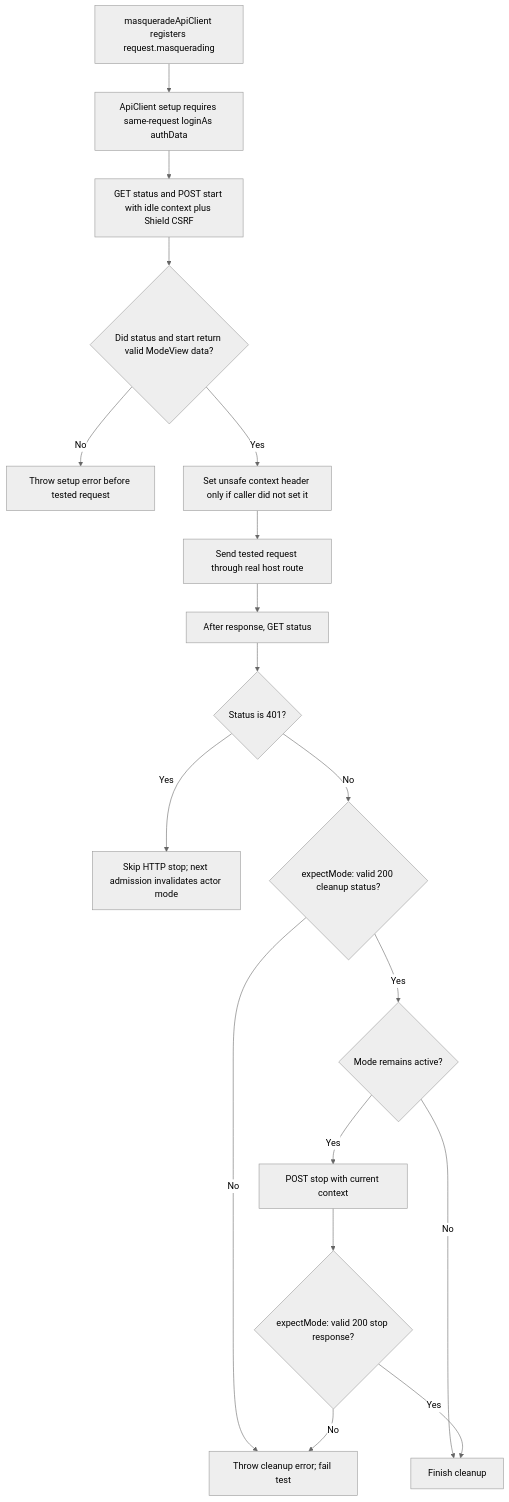
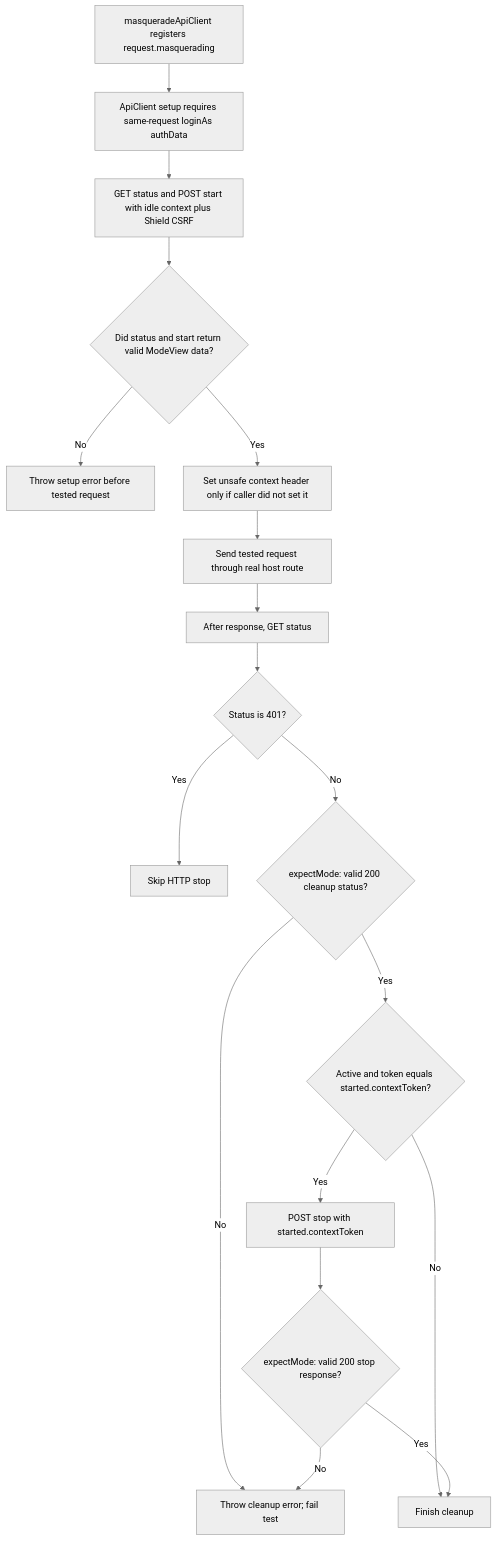
Before and after one commit to Kevinjohn/oss-adonisjs-masquerade: the second of 2 diagrams in user-stories/testing/us-testing-01-api-client-masquerading.md, drawn with Mermaid (neutral theme). The commit also changed other lines of this file and 26 other files, not shown here.

````diff
--- a/user-stories/testing/us-testing-01-api-client-masquerading.md
+++ b/user-stories/testing/us-testing-01-api-client-masquerading.md
@@ -45,20 +45,20 @@
 ```mermaid
 flowchart TD
  A["masqueradeApiClient registers request.masquerading"] --> B["ApiClient setup requires same-request loginAs authData"]
  B --> C["GET status and POST start with idle context plus Shield CSRF"]
  C --> D{"Did status and start return valid ModeView data?"}
  D -->|No| E["Throw setup error before tested request"]
  D -->|Yes| F["Set unsafe context header only if caller did not set it"]
  F --> G["Send tested request through real host route"]
  G --> H["After response, GET status"]
  H --> I{"Status is 401?"}
- I -->|Yes| J["Skip HTTP stop; next admission invalidates actor mode"]
+ I -->|Yes| J["Skip HTTP stop"]
  I -->|No| V{"expectMode: valid 200 cleanup status?"}
  V -->|No| X["Throw cleanup error; fail test"]
- V -->|Yes| K{"Mode remains active?"}
+ V -->|Yes| K{"Active and token equals started.contextToken?"}
  K -->|No| L["Finish cleanup"]
- K -->|Yes| M["POST stop with current context"]
+ K -->|Yes| M["POST stop with started.contextToken"]
  M --> W{"expectMode: valid 200 stop response?"}
  W -->|No| X
  W -->|Yes| L
 ```
````
